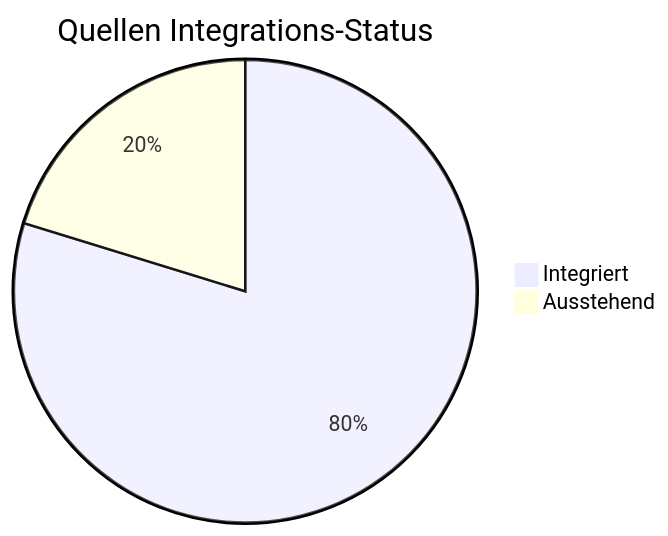
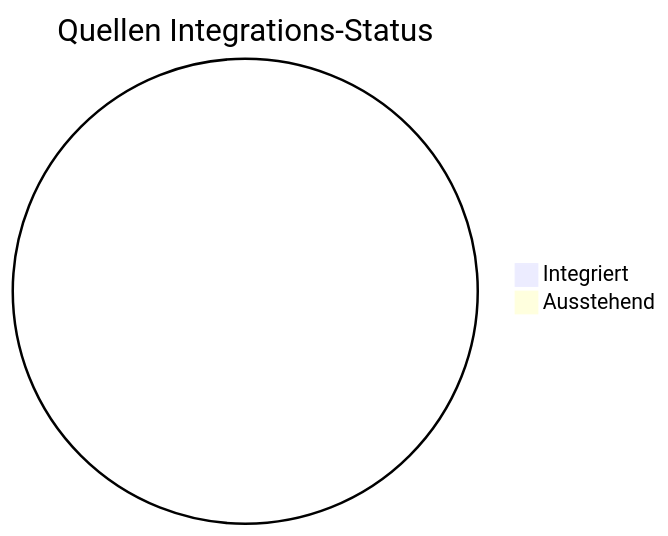
Before and after one commit to Siebenwind/7w_wiki: the first of 4 diagrams in Siebenwind_Wiki/10_Archiv/Wiki_Statistiken.md, drawn with Mermaid. The commit also changed other lines of this file and 49 other files, not shown here.

````diff
--- a/Siebenwind_Wiki/10_Archiv/Wiki_Statistiken.md
+++ b/Siebenwind_Wiki/10_Archiv/Wiki_Statistiken.md
@@ -24,5 +24,5 @@
 ```mermaid
 pie title Quellen Integrations-Status
-    "Integriert" : 193
-    "Ausstehend" : 49
+    "Integriert" : 0
+    "Ausstehend" : 0
 ```
````
